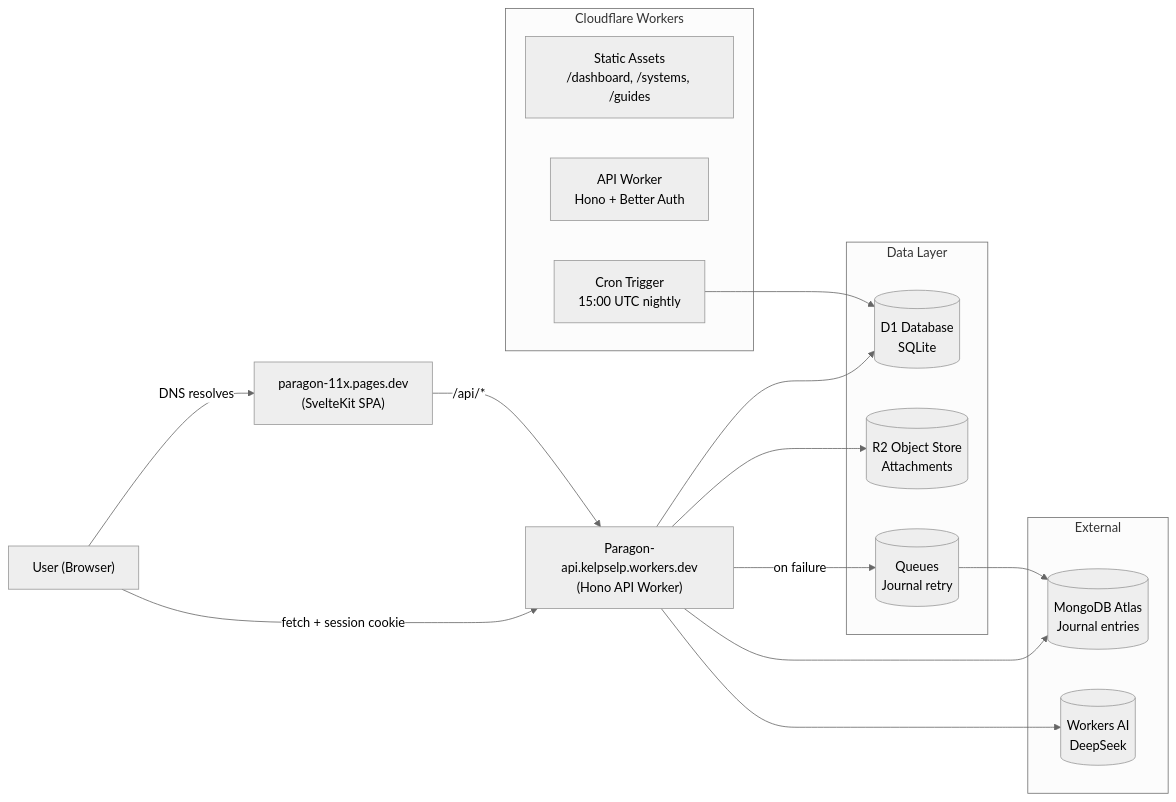
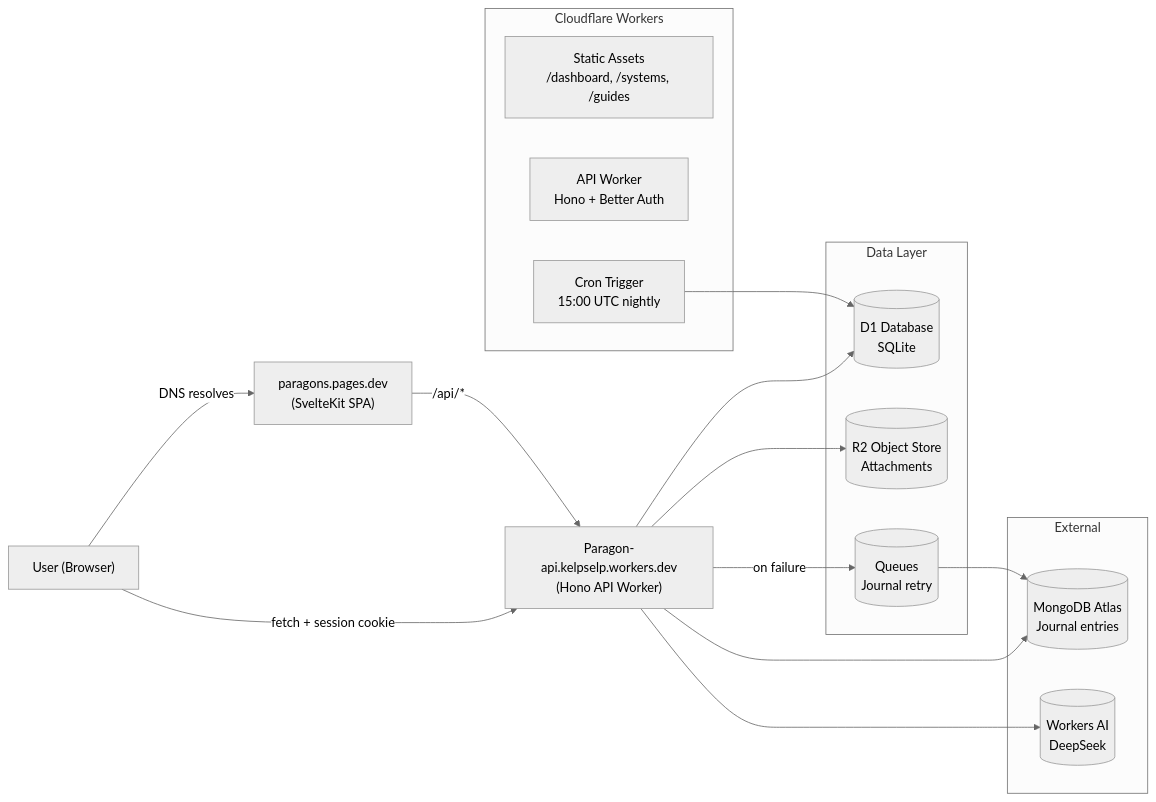
One commit to Zyxavy/Paragon changed the second of 21 diagrams in docs/system-design.md. Above: the diagram before and after it, drawn with Mermaid (neutral theme). The commit also changed other lines of this file and 9 other files, not shown here.

Commit message:
fix: rename Pages domain to paragons.pages.dev and address review issues

````diff
--- a/docs/system-design.md
+++ b/docs/system-design.md
@@ -78,35 +78,35 @@
 ```mermaid
 flowchart LR
     User["User (Browser)"]
-    Domains["paragon-11x.pages.dev<br/>(SvelteKit SPA)"]
+    Domains["paragons.pages.dev<br/>(SvelteKit SPA)"]
     ApiDomain["Paragon-api.kelpselp.workers.dev<br/>(Hono API Worker)"]
 
     subgraph CF["Cloudflare Workers"]
         SPA["Static Assets<br/>/dashboard, /systems, /guides"]
         API["API Worker<br/>Hono + Better Auth"]
         CRON["Cron Trigger<br/>15:00 UTC nightly"]
     end
 
     subgraph Storage["Data Layer"]
         D1[("D1 Database<br/>SQLite")]
         R2[("R2 Object Store<br/>Attachments")]
         MQ[("Queues<br/>Journal retry")]
     end
 
     subgraph Ext["External"]
         MONGO[("MongoDB Atlas<br/>Journal entries")]
         WAI[("Workers AI<br/>DeepSeek")]
     end
 
     User -->|"DNS resolves"| Domains
     User -->|"fetch + session cookie"| ApiDomain
     Domains -->|"/api/*"| ApiDomain
     
     ApiDomain --> D1
     ApiDomain --> R2
     ApiDomain --> MONGO
     ApiDomain --> WAI
     ApiDomain -->|"on failure"| MQ
     MQ --> MONGO
     CRON --> D1
 ```
````
